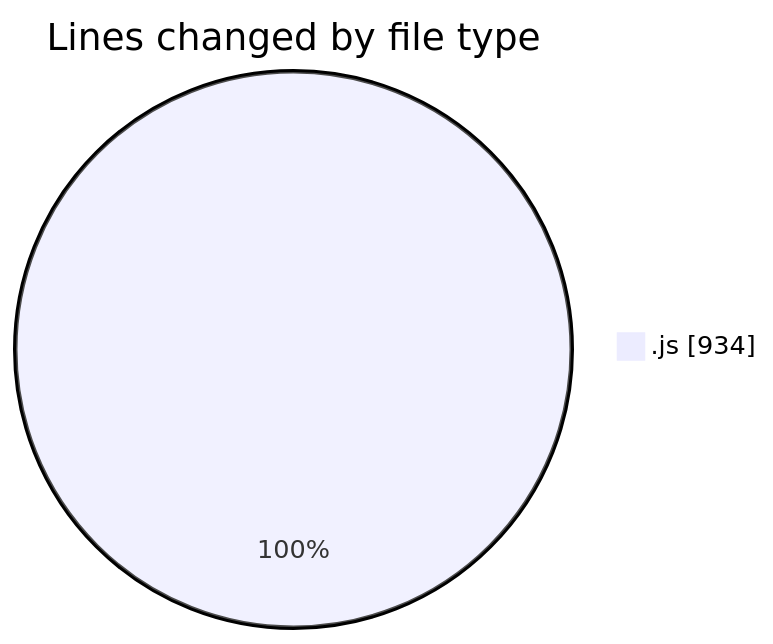
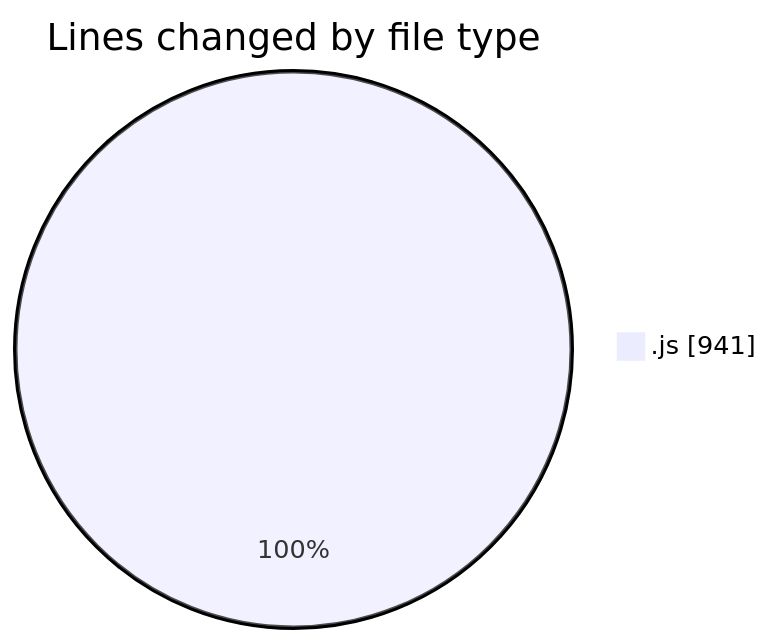
The first of 2 diagrams in 2025-07-29/nxtqube_webapp/README.md (nxtqubesakshisongat/code-tracking), drawn with Mermaid before and after one commit. The commit also changed other lines of this file and 1 other file, not shown here.

````diff
--- a/2025-07-29/nxtqube_webapp/README.md
+++ b/2025-07-29/nxtqube_webapp/README.md
@@ -22,5 +22,5 @@
 ```mermaid
 pie showData
 title Lines changed by file type
-".js" : 934
+".js" : 941
 ```
````
